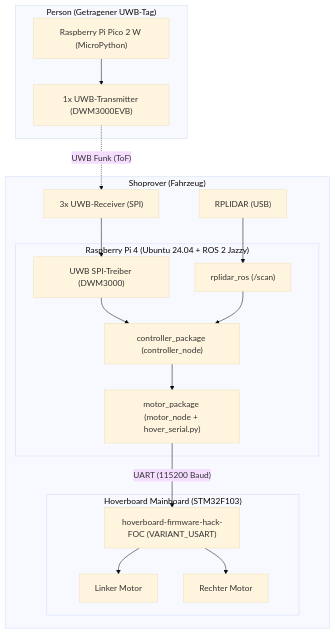
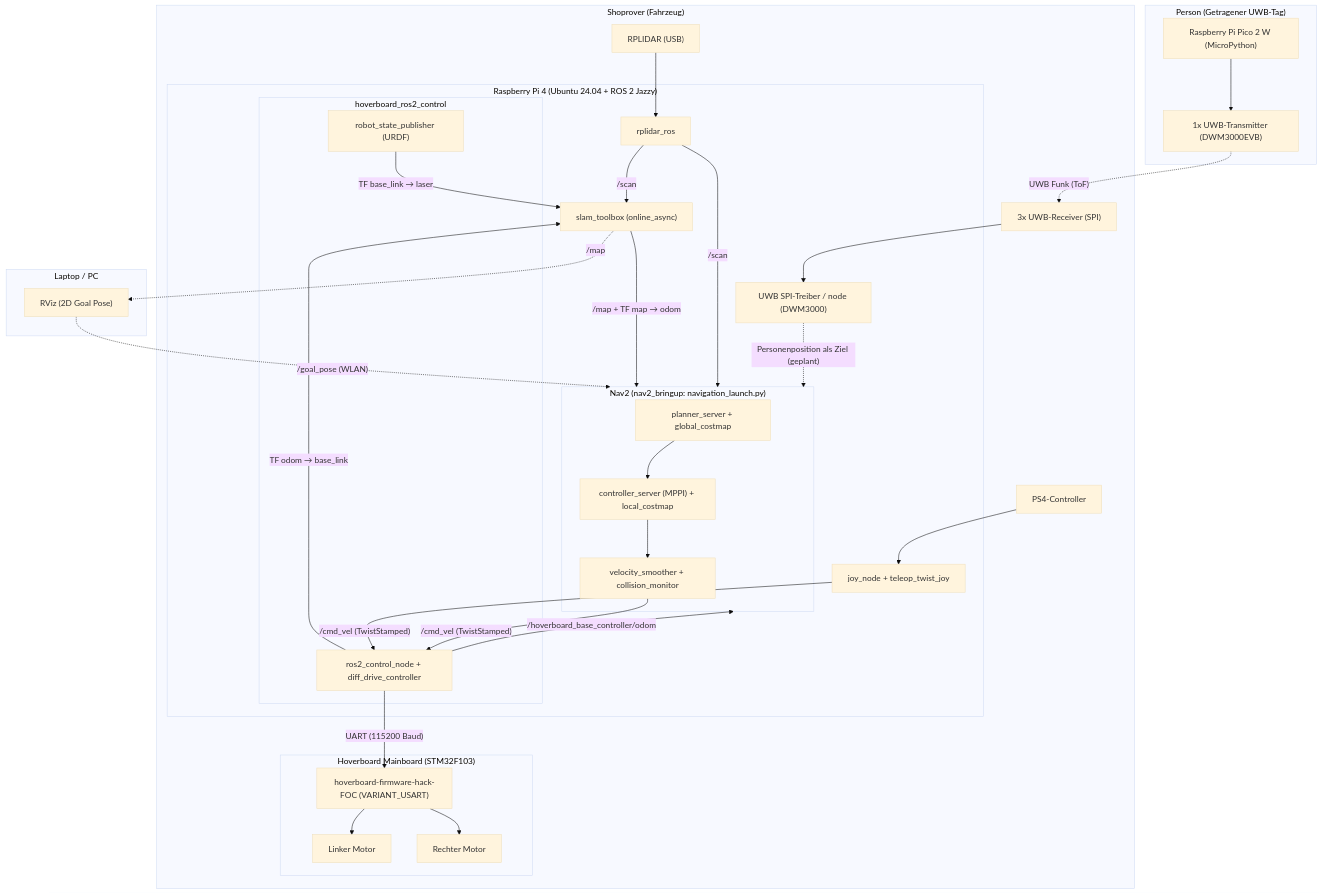
Before and after one commit to Crazybaloonguy/Shoprover: the diagram in docs/Build.md, drawn with Mermaid (base theme).

Commit message:
Revise flowchart for hoverboard architecture
Updated flowchart in Build.md to include new nodes and connections for the hoverboard system.

````diff
--- a/docs/Build.md
+++ b/docs/Build.md
@@ -34,34 +34,65 @@
 ```mermaid
 flowchart TD
     subgraph Rover ["Shoprover (Fahrzeug)"]
         subgraph RPi ["Raspberry Pi 4 (Ubuntu 24.04 + ROS 2 Jazzy)"]
-            LIDAR_NODE["rplidar_ros (/scan)"]
-            CTRL_NODE["controller_package (controller_node)"]
-            MOTOR_NODE["motor_package (motor_node + hover_serial.py)"]
-            UWB_DRV["UWB SPI-Treiber (DWM3000)"]
+            LIDAR_NODE["rplidar_ros"]
+            UWB_DRV["UWB SPI-Treiber / node (DWM3000)"]
+            TELEOP["joy_node + teleop_twist_joy"]
+
+            subgraph HB_CTRL ["hoverboard_ros2_control"]
+                RSP["robot_state_publisher (URDF)"]
+                R2C["ros2_control_node + diff_drive_controller"]
+            end
+
+            SLAM["slam_toolbox (online_async)"]
+
+            subgraph NAV2 ["Nav2 (nav2_bringup: navigation_launch.py)"]
+                PLANNER["planner_server + global_costmap"]
+                CONTROLLER["controller_server (MPPI) + local_costmap"]
+                SMOOTH["velocity_smoother + collision_monitor"]
+                PLANNER --> CONTROLLER --> SMOOTH
+            end
         end
 
         subgraph Mainboard ["Hoverboard Mainboard (STM32F103)"]
             FOC["hoverboard-firmware-hack-FOC (VARIANT_USART)"]
             M1["Linker Motor"]
             M2["Rechter Motor"]
         end
 
         LIDAR_HW["RPLIDAR (USB)"] --> LIDAR_NODE
         UWB_REC["3x UWB-Receiver (SPI)"] --> UWB_DRV
-        UWB_DRV --> CTRL_NODE
-        LIDAR_NODE --> CTRL_NODE
-        CTRL_NODE --> MOTOR_NODE
-        MOTOR_NODE -- "UART (115200 Baud)" --> FOC
+        PS4["PS4-Controller"] --> TELEOP
+
+        LIDAR_NODE -- "/scan" --> SLAM
+        LIDAR_NODE -- "/scan" --> NAV2
+        R2C -- "TF odom → base_link" --> SLAM
+        RSP -- "TF base_link → laser" --> SLAM
+        SLAM -- "/map + TF map → odom" --> NAV2
+        R2C -- "/hoverboard_base_controller/odom" --> NAV2
+
+        UWB_DRV -. "Personenposition als Ziel (geplant)" .-> NAV2
+        SMOOTH -- "/cmd_vel (TwistStamped)" --> R2C
+        TELEOP -- "/cmd_vel (TwistStamped)" --> R2C
+
+        R2C -- "UART (115200 Baud)" --> FOC
         FOC --> M1
         FOC --> M2
     end
+
+    subgraph PC ["Laptop / PC"]
+        RVIZ["RViz (2D Goal Pose)"]
+    end
+
+    RVIZ -. "/goal_pose (WLAN)" .-> NAV2
+    SLAM -. "/map" .-> RVIZ
 
     subgraph Person ["Person (Getragener UWB-Tag)"]
         PICO["Raspberry Pi Pico 2 W (MicroPython)"]
         UWB_TAG["1x UWB-Transmitter (DWM3000EVB)"]
         PICO --> UWB_TAG
     end
 
     UWB_TAG -. "UWB Funk (ToF)" .-> UWB_REC
+
 ```
````
